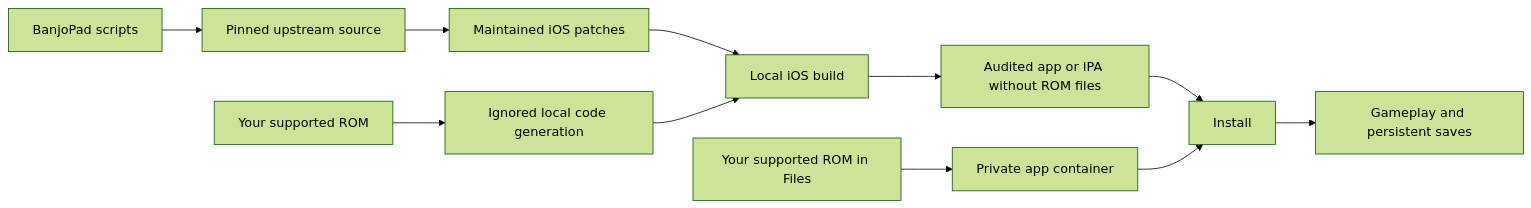
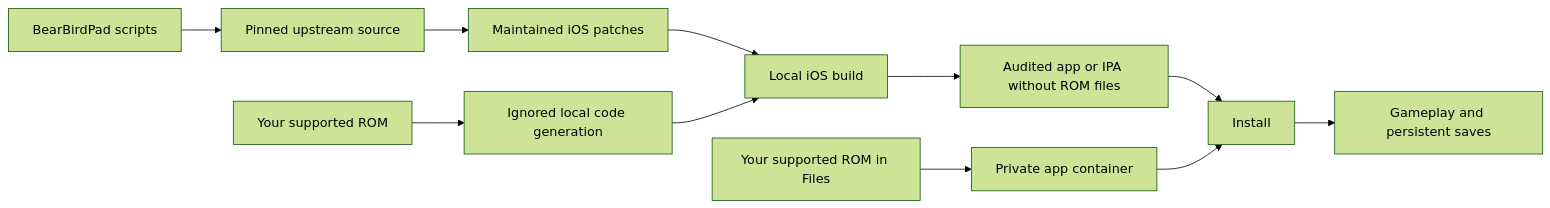
The diagram in README.md (chrissotraidis/bearbirdpad), drawn with Mermaid (forest theme) before and after one commit. The commit also changed other lines of this file and 56 other files, not shown here.

Commit message:
Rename BanjoPad to BearBirdPad

````diff
--- a/README.md
+++ b/README.md
@@ -177,13 +177,13 @@
 ```mermaid
 flowchart LR
-    A["BanjoPad scripts"] --> B["Pinned upstream source"]
+    A["BearBirdPad scripts"] --> B["Pinned upstream source"]
     B --> C["Maintained iOS patches"]
     D["Your supported ROM"] --> E["Ignored local code generation"]
     C --> F["Local iOS build"]
     E --> F
     F --> G["Audited app or IPA without ROM files"]
     H["Your supported ROM in Files"] --> I["Private app container"]
     G --> J["Install"]
     I --> J
     J --> K["Gameplay and persistent saves"]
 ```
````
